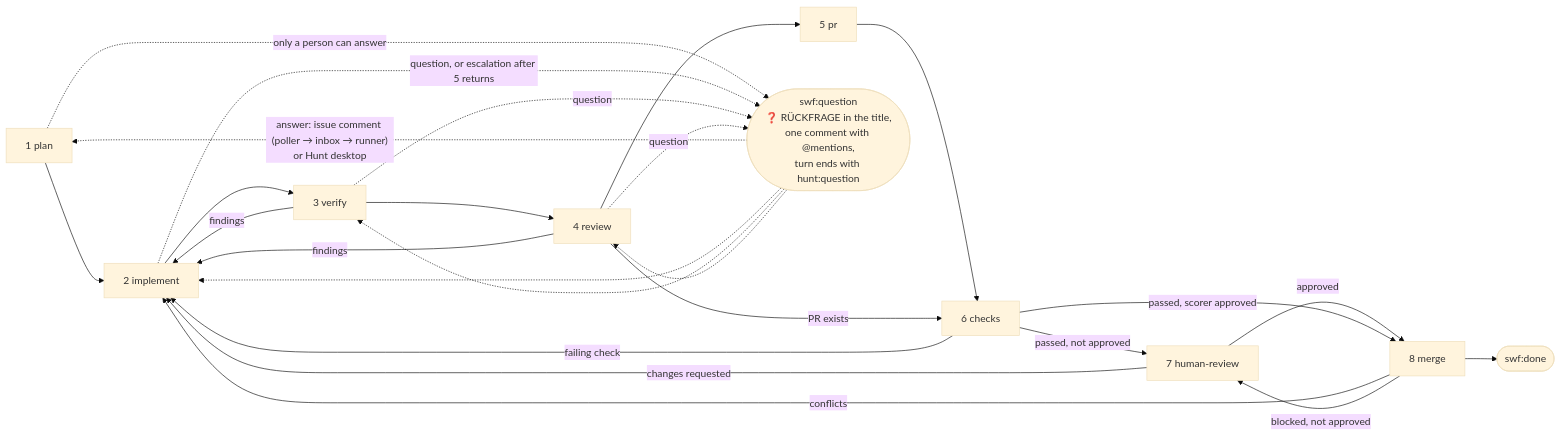
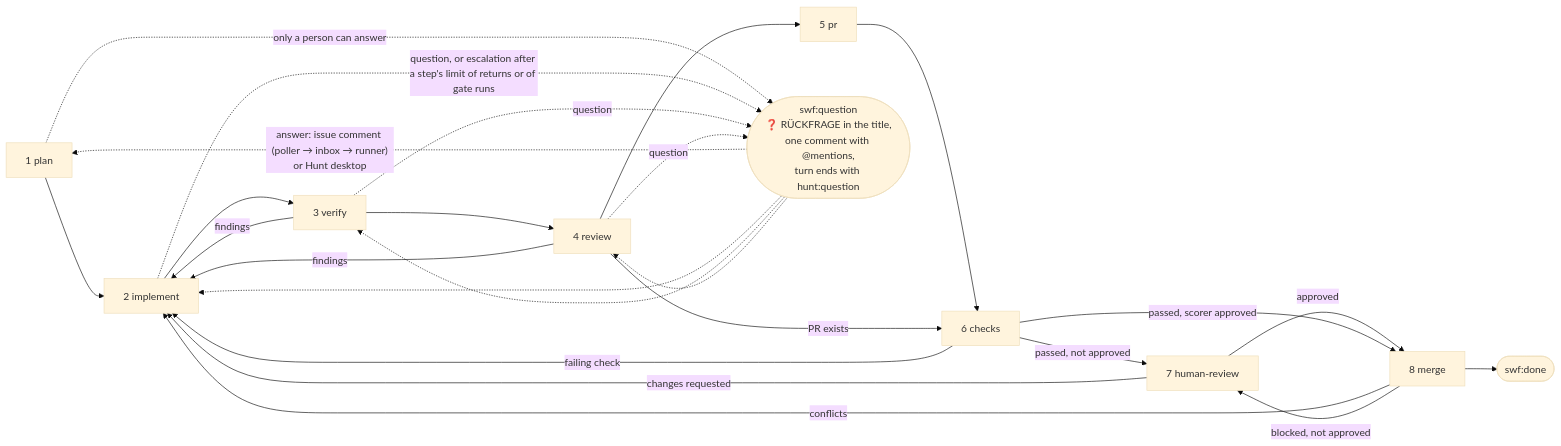
One commit to unshoppable/hunt changed the diagram in libs/domain/prompts/swf/README.md. Above: the diagram before and after it, drawn with Mermaid (base theme). The commit also changed other lines of this file and 51 other files, not shown here.

First line of the commit message:
feat(swf): configure skill, model, effort, return limits and a gate per step in hunt.json

````diff
--- a/libs/domain/prompts/swf/README.md
+++ b/libs/domain/prompts/swf/README.md
@@ -40,24 +50,24 @@
 ```mermaid
 flowchart LR
     plan[1 plan] --> implement[2 implement] --> verify[3 verify] --> review[4 review] --> pr[5 pr] --> checks[6 checks]
     verify -->|findings| implement
     review -->|findings| implement
     review -->|PR exists| checks
     checks -->|failing check| implement
     checks -->|passed, not approved| human[7 human-review] -->|approved| merge[8 merge]
     checks -->|passed, scorer approved| merge
     human -->|changes requested| implement
     merge -->|conflicts| implement
     merge -->|blocked, not approved| human
     merge --> done([swf:done])
 
     question([swf:question<br/>❓ RÜCKFRAGE in the title,<br/>one comment with @mentions,<br/>turn ends with hunt:question])
     plan -. "only a person can answer" .-> question
-    implement -. "question, or escalation after 5 returns" .-> question
+    implement -. "question, or escalation after a step's limit of returns or of gate runs" .-> question
     verify -. question .-> question
     review -. question .-> question
     question -. "answer: issue comment (poller → inbox → runner)<br/>or Hunt desktop" .-> plan
     question -.-> implement
     question -.-> verify
     question -.-> review
 ```
````
